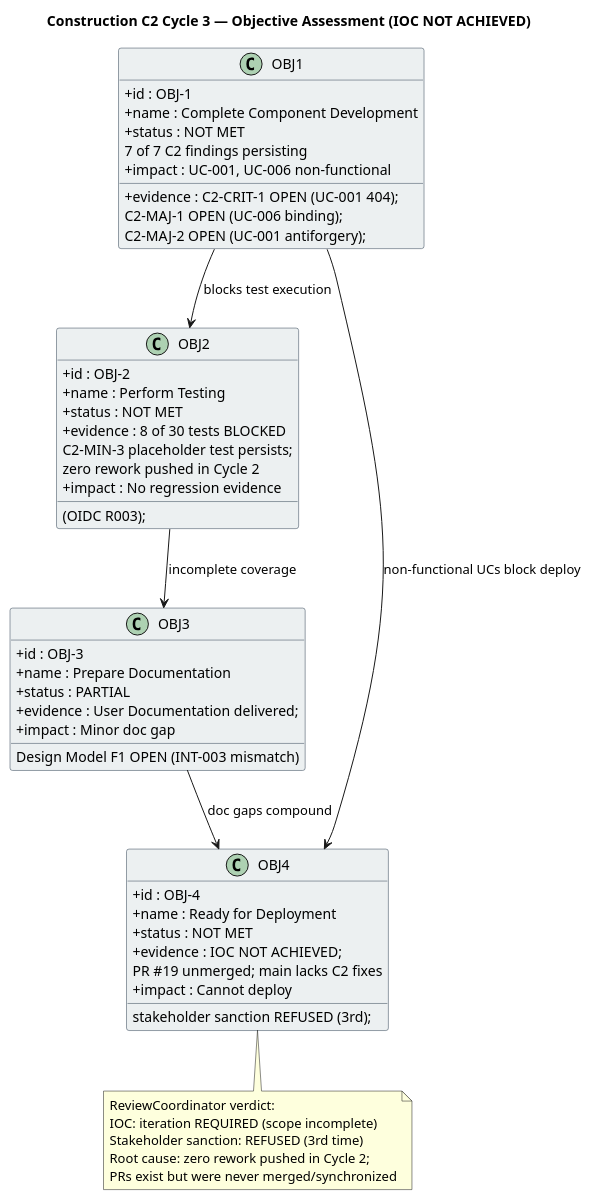
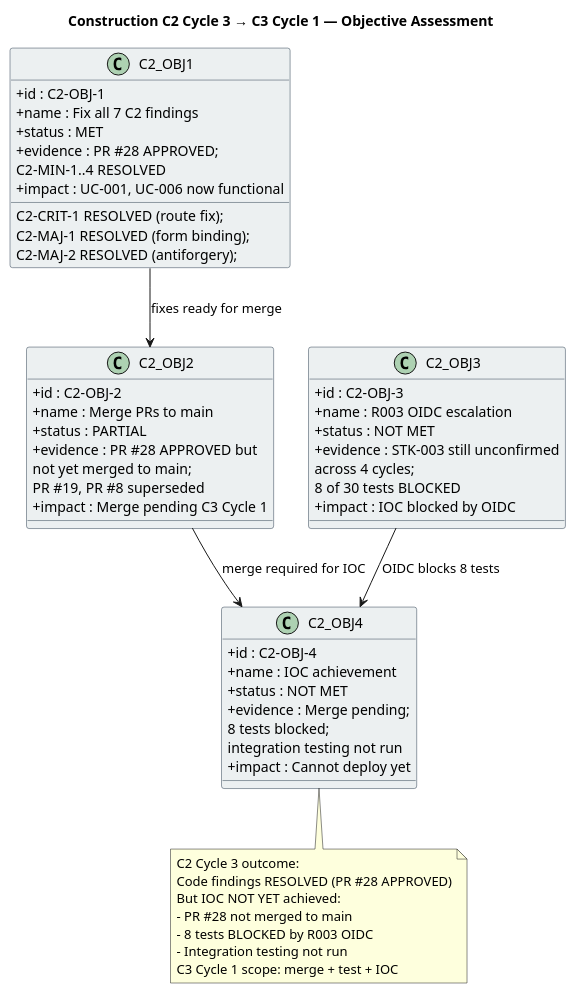
Before and after one commit to banense-test/portal-cuba-corp: the diagram in docs/artifacts/project-management/iteration-assessment.md, drawn with PlantUML. The commit also changed other lines of this file, not shown here.

First line of the commit message:
Project Manager [C3]: upsert Iteration Assessment

````diff
--- a/docs/artifacts/project-management/iteration-assessment.md
+++ b/docs/artifacts/project-management/iteration-assessment.md
@@ -24,64 +24,66 @@
 ```plantuml
 @startuml
-title Construction C2 Cycle 3 — Objective Assessment (IOC NOT ACHIEVED)
+title Construction C2 Cycle 3 → C3 Cycle 1 — Objective Assessment
 
 skinparam classBorderColor #2C3E50
 skinparam classBackgroundColor #ECF0F1
 skinparam classAttributeIconSize 0
 
-class OBJ1 {
-  + id : OBJ-1
-  + name : Complete Component Development
-  + status : NOT MET
-  + evidence : C2-CRIT-1 OPEN (UC-001 404);
-    C2-MAJ-1 OPEN (UC-006 binding);
-    C2-MAJ-2 OPEN (UC-001 antiforgery);
-    7 of 7 C2 findings persisting
-  + impact : UC-001, UC-006 non-functional
+class C2_OBJ1 {
+  + id : C2-OBJ-1
+  + name : Fix all 7 C2 findings
+  + status : MET
+  + evidence : PR #28 APPROVED;
+    C2-CRIT-1 RESOLVED (route fix);
+    C2-MAJ-1 RESOLVED (form binding);
+    C2-MAJ-2 RESOLVED (antiforgery);
+    C2-MIN-1..4 RESOLVED
+  + impact : UC-001, UC-006 now functional
 }
 
-class OBJ2 {
-  + id : OBJ-2
-  + name : Perform Testing
-  + status : NOT MET
-  + evidence : 8 of 30 tests BLOCKED
-    (OIDC R003);
-    C2-MIN-3 placeholder test persists;
-    zero rework pushed in Cycle 2
-  + impact : No regression evidence
+class C2_OBJ2 {
+  + id : C2-OBJ-2
+  + name : Merge PRs to main
+  + status : PARTIAL
+  + evidence : PR #28 APPROVED but
+    not yet merged to main;
+    PR #19, PR #8 superseded
+  + impact : Merge pending C3 Cycle 1
 }
 
-class OBJ3 {
-  + id : OBJ-3
-  + name : Prepare Documentation
-  + status : PARTIAL
-  + evidence : User Documentation delivered;
-    Design Model F1 OPEN (INT-003 mismatch)
-  + impact : Minor doc gap
+class C2_OBJ3 {
+  + id : C2-OBJ-3
+  + name : R003 OIDC escalation
+  + status : NOT MET
+  + evidence : STK-003 still unconfirmed
+    across 4 cycles;
+    8 of 30 tests BLOCKED
+  + impact : IOC blocked by OIDC
 }
 
-class OBJ4 {
-  + id : OBJ-4
-  + name : Ready for Deployment
+class C2_OBJ4 {
+  + id : C2-OBJ-4
+  + name : IOC achievement
   + status : NOT MET
-  + evidence : IOC NOT ACHIEVED;
-    stakeholder sanction REFUSED (3rd);
-    PR #19 unmerged; main lacks C2 fixes
-  + impact : Cannot deploy
+  + evidence : Merge pending;
+    8 tests blocked;
+    integration testing not run
+  + impact : Cannot deploy yet
 }
 
-OBJ1 --> OBJ2 : blocks test execution
-OBJ2 --> OBJ3 : incomplete coverage
-OBJ3 --> OBJ4 : doc gaps compound
-OBJ1 --> OBJ4 : non-functional UCs block deploy
+C2_OBJ1 --> C2_OBJ2 : fixes ready for merge
+C2_OBJ2 --> C2_OBJ4 : merge required for IOC
+C2_OBJ3 --> C2_OBJ4 : OIDC blocks 8 tests
 
-note bottom of OBJ4
-  ReviewCoordinator verdict:
-  IOC: iteration REQUIRED (scope incomplete)
-  Stakeholder sanction: REFUSED (3rd time)
-  Root cause: zero rework pushed in Cycle 2;
-  PRs exist but were never merged/synchronized
+note bottom of C2_OBJ4
+  C2 Cycle 3 outcome:
+  Code findings RESOLVED (PR #28 APPROVED)
+  But IOC NOT YET achieved:
+  - PR #28 not merged to main
+  - 8 tests BLOCKED by R003 OIDC
+  - Integration testing not run
+  C3 Cycle 1 scope: merge + test + IOC
 end note
 
 @enduml
 ```
````
